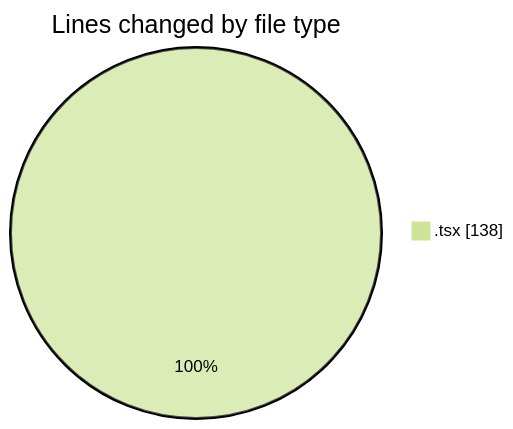
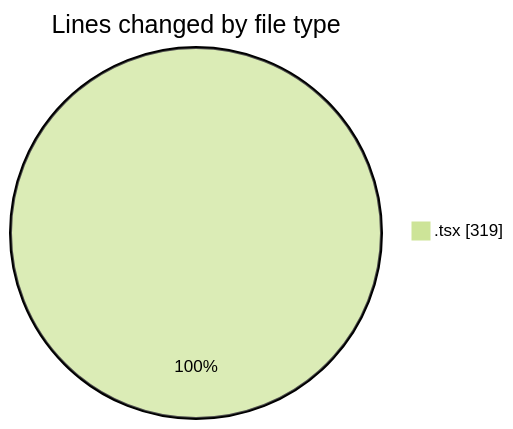
One commit to momahboobian/code-tracking changed the first of 2 diagrams in 2025-10-03/cda/README.md. Above: the diagram before and after it, drawn with Mermaid (forest theme). The commit also changed other lines of this file and 1 other file, not shown here.

````diff
--- a/2025-10-03/cda/README.md
+++ b/2025-10-03/cda/README.md
@@ -20,5 +21,5 @@
 ```mermaid
 pie showData
 title Lines changed by file type
-".tsx" : 138
+".tsx" : 319
 ```
````
